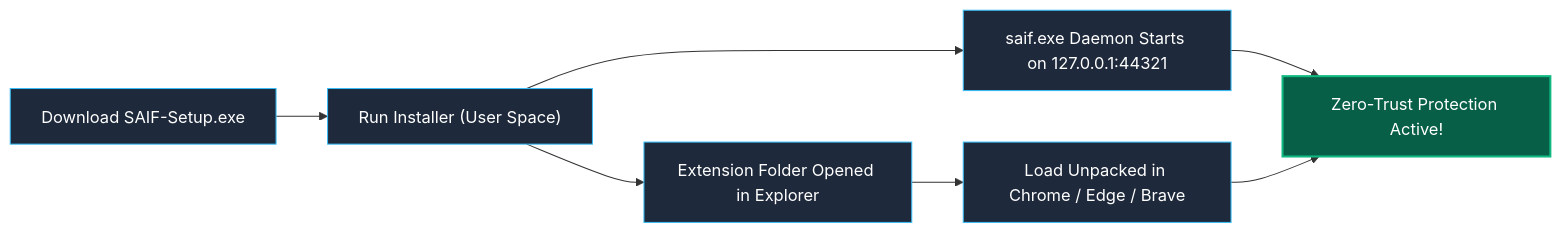
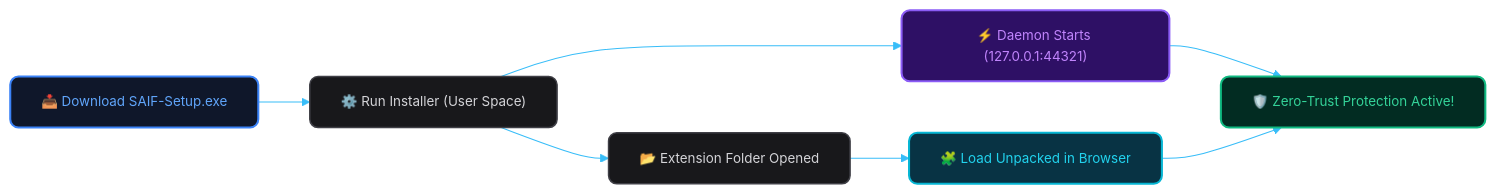
The diagram in docs/USER_GUIDE.md (sudohackfu/saif-free-tier), drawn with Mermaid before and after one commit. The commit also changed 3 other files, not shown here.

Commit message:
docs(style): theme Mermaid diagrams to match dark cybersecurity aesthetic and embed infographics

````diff
--- a/docs/USER_GUIDE.md
+++ b/docs/USER_GUIDE.md
@@ -14,13 +14,27 @@
 ```mermaid
+%%{init: {
+  'theme': 'base',
+  'themeVariables': {
+    'darkMode': true,
+    'background': '#09090b',
+    'mainBkg': '#121217',
+    'nodeBorder': '#27272a',
+    'textColor': '#f4f4f5',
+    'fontFamily': 'Inter, system-ui, -apple-system, sans-serif',
+    'fontSize': '13px',
+    'lineColor': '#38bdf8'
+  }
+}}%%
 flowchart LR
-    A["Download SAIF-Setup.exe"] --> B["Run Installer (User Space)"]
-    B --> C["saif.exe Daemon Starts on 127.0.0.1:44321"]
-    B --> D["Extension Folder Opened in Explorer"]
-    D --> E["Load Unpacked in Chrome / Edge / Brave"]
-    C & E --> F["Zero-Trust Protection Active!"]
+    A["📥 Download SAIF-Setup.exe"]:::blueNode --> B["⚙️ Run Installer (User Space)"]:::slateNode
+    B --> C["⚡ Daemon Starts (127.0.0.1:44321)"]:::purpleNode
+    B --> D["📂 Extension Folder Opened"]:::slateNode
+    D --> E["🧩 Load Unpacked in Browser"]:::cyanNode
+    C & E --> F["🛡️ Zero-Trust Protection Active!"]:::greenNode
 
-    classDef step fill:#1e293b,stroke:#38bdf8,stroke-width:1px,color:#fff;
-    classDef done fill:#065f46,stroke:#10b981,stroke-width:2px,color:#fff;
-    class A,B,C,D,E step;
-    class F done;
+    classDef blueNode fill:#0f172a,stroke:#3b82f6,stroke-width:2px,color:#60a5fa,rx:8px,ry:8px;
+    classDef slateNode fill:#18181b,stroke:#3f3f46,stroke-width:1.5px,color:#d4d4d8,rx:8px,ry:8px;
+    classDef cyanNode fill:#083344,stroke:#06b6d4,stroke-width:2px,color:#22d3ee,rx:8px,ry:8px;
+    classDef purpleNode fill:#2e1065,stroke:#8b5cf6,stroke-width:2px,color:#c084fc,rx:8px,ry:8px;
+    classDef greenNode fill:#022c22,stroke:#10b981,stroke-width:2px,color:#34d399,rx:8px,ry:8px;
 ```
````
